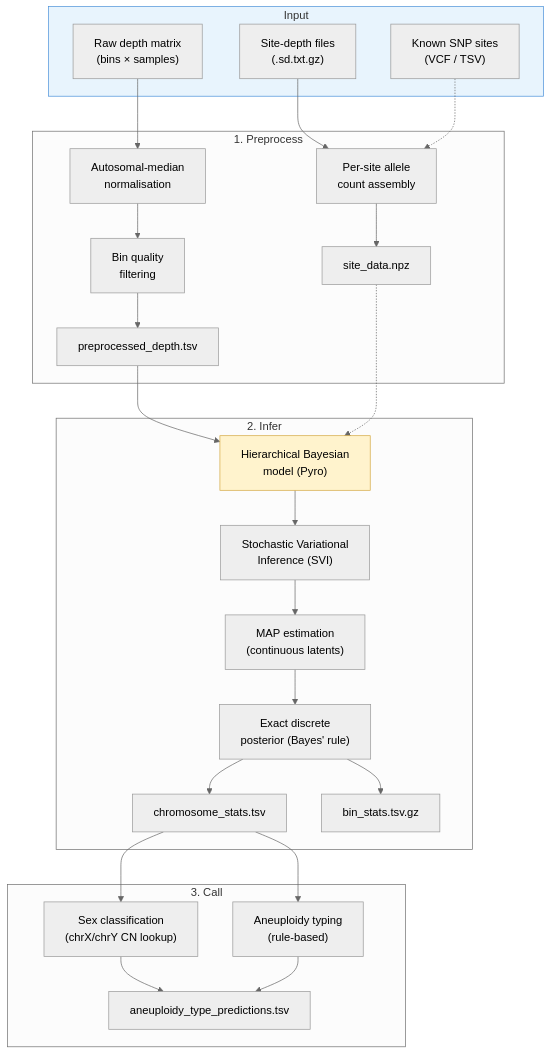
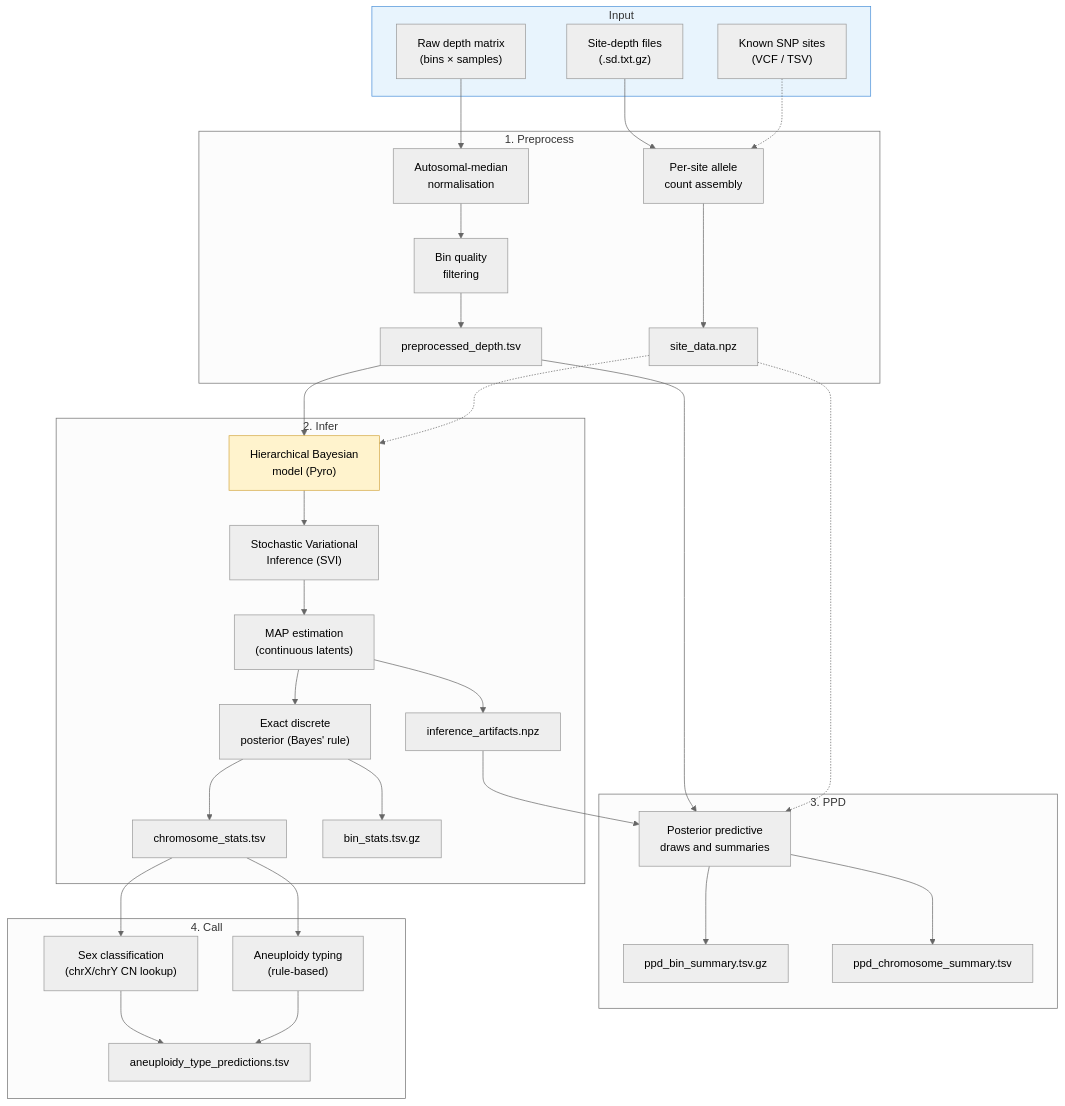
One commit to broadinstitute/gatk-sv changed the first of 5 diagrams in src/gatk-sv-ploidy/README.md. Above: the diagram before and after it, drawn with Mermaid (neutral theme). The commit also changed other lines of this file and 11 other files, not shown here.

````diff
--- a/src/gatk-sv-ploidy/README.md
+++ b/src/gatk-sv-ploidy/README.md
@@ -55,41 +75,51 @@
 ```mermaid
 flowchart TD
     subgraph Input
         RD["Raw depth matrix\n(bins × samples)"]
         SD["Site-depth files\n(.sd.txt.gz)"]
         KS["Known SNP sites\n(VCF / TSV)"]
     end
 
     subgraph "1. Preprocess"
         N["Autosomal-median\nnormalisation"]
         BF["Bin quality\nfiltering"]
         AF["Per-site allele\ncount assembly"]
         RD --> N --> BF
         SD --> AF
         KS -.-> AF
         BF --> PD["preprocessed_depth.tsv"]
         AF --> SN["site_data.npz"]
     end
 
     subgraph "2. Infer"
         M["Hierarchical Bayesian\nmodel (Pyro)"]
         SVI["Stochastic Variational\nInference (SVI)"]
         MAP["MAP estimation\n(continuous latents)"]
         DP["Exact discrete\nposterior (Bayes' rule)"]
         PD --> M
         SN -.-> M
         M --> SVI --> MAP --> DP
         DP --> CS["chromosome_stats.tsv"]
         DP --> BS["bin_stats.tsv.gz"]
+        MAP --> IA["inference_artifacts.npz"]
     end
 
-    subgraph "3. Call"
+    subgraph "3. PPD"
+        PPD["Posterior predictive\ndraws and summaries"]
+        PD --> PPD
+        SN -.-> PPD
+        IA --> PPD
+        PPD --> PB["ppd_bin_summary.tsv.gz"]
+        PPD --> PC["ppd_chromosome_summary.tsv"]
+    end
+
+    subgraph "4. Call"
         SC["Sex classification\n(chrX/chrY CN lookup)"]
         AC["Aneuploidy typing\n(rule-based)"]
         CS --> SC --> PR["aneuploidy_type_predictions.tsv"]
         CS --> AC --> PR
     end
 
     style Input fill:#e8f4fd,stroke:#4a90d9
     style M fill:#fff3cd,stroke:#d4a843
 ```
````
